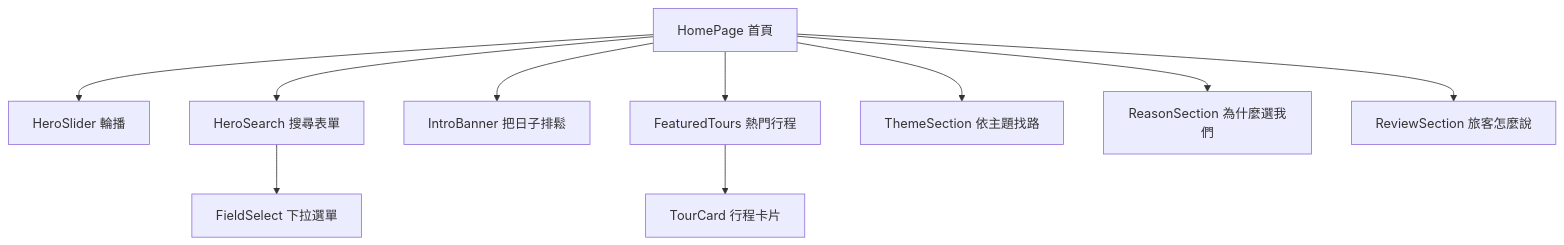
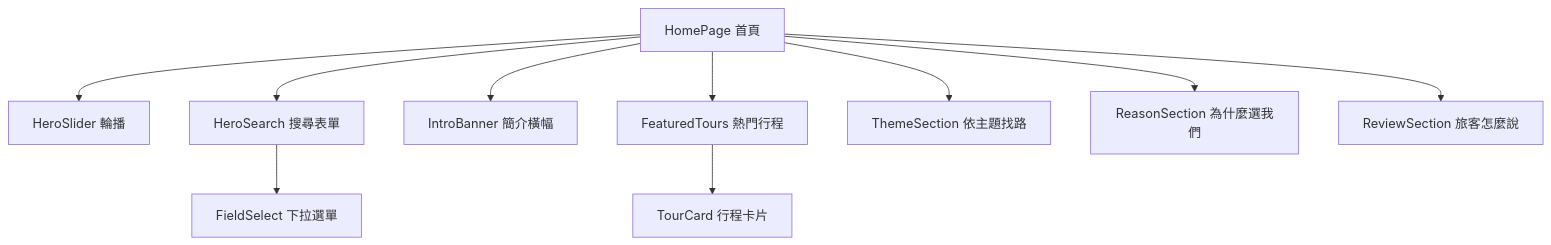
One commit to summer10920/summer10920.github.io changed the sixth of 13 diagrams in source/_posts/lokiTech-15day-12-project-travel.md. Above: the diagram before and after it, drawn with Mermaid. The commit also changed other lines of this file and 17 other files, not shown here.

```diff
--- a/source/_posts/lokiTech-15day-12-project-travel.md
+++ b/source/_posts/lokiTech-15day-12-project-travel.md
@@ -1612,11 +1624,11 @@
 {% mermaid graph TD %}
   page["HomePage 首頁"] --> slider["HeroSlider 輪播"]
   page --> search["HeroSearch 搜尋表單"]
-  page --> intro["IntroBanner 把日子排鬆"]
+  page --> intro["IntroBanner 簡介橫幅"]
   page --> featured["FeaturedTours 熱門行程"]
   page --> themes["ThemeSection 依主題找路"]
   page --> reasons["ReasonSection 為什麼選我們"]
   page --> reviews["ReviewSection 旅客怎麼說"]
   search --> field["FieldSelect 下拉選單"]
   featured --> card["TourCard 行程卡片"]
 {% endmermaid %}
```
